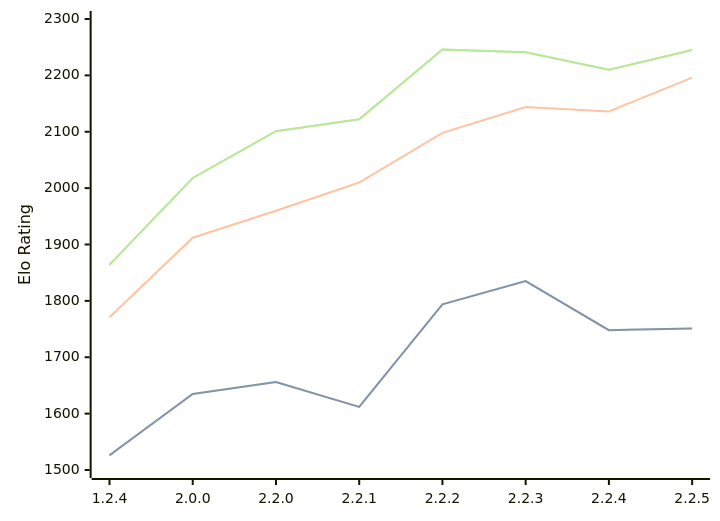
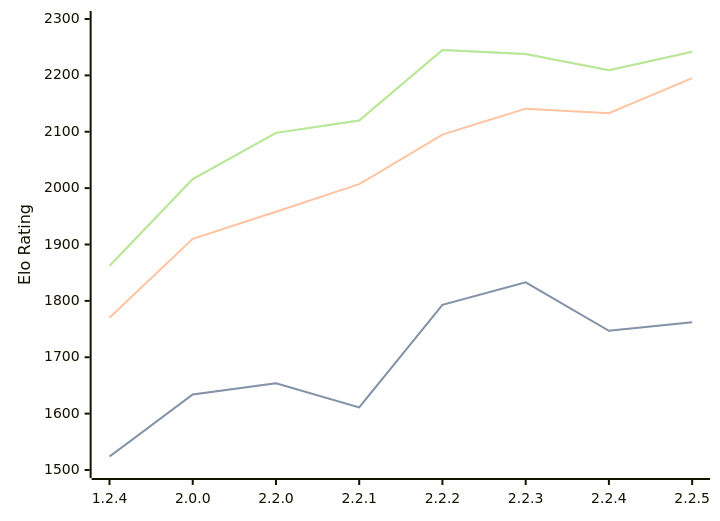
The diagram in engines/Kreveta.md (computer-chess-index/cci), drawn with Mermaid before and after one commit. The commit also changed other lines of this file, not shown here.

Commit message:
Update CCI Ratings (ELO VLTC) - 2026-04-01

````diff
--- a/engines/Kreveta.md
+++ b/engines/Kreveta.md
@@ -41,11 +41,11 @@
 ```mermaid
 %%{init: {"theme":"base","themeVariables":{"seriesColors:['#a3a3a3','#222221','#faa371']}}}%%
 xychart-beta
   x-axis ["1.2.4", "2.0.0", "2.2.0", "2.2.1", "2.2.2", "2.2.3", "2.2.4", "2.2.5"]
   y-axis "Elo Rating" 1500 --> 2300
-  line "STC (8.0+0.08s)" [1526, 1635, 1656, 1612, 1794, 1835, 1748, 1751]
-  line "STC (8.0+0.08s)" [1526, 1635, 1656, 1612, 1794, 1835, 1748, 1751]
-  line "LTC (60.0+0.60s)" [1771, 1912, 1960, 2010, 2098, 2144, 2136, 2196]
-  line "VLTC (2m24s+1.12s)" [1864, 2018, 2101, 2122, 2246, 2241, 2210, 2245]
-  line "VLTC (2m24s+1.12s)" [1864, 2018, 2101, 2122, 2246, 2241, 2210, 2245]
+  line "STC (8.0+0.08s)" [1524, 1634, 1654, 1611, 1793, 1833, 1747, 1762]
+  line "STC (8.0+0.08s)" [1524, 1634, 1654, 1611, 1793, 1833, 1747, 1762]
+  line "LTC (60.0+0.60s)" [1770, 1910, 1958, 2007, 2095, 2141, 2133, 2195]
+  line "VLTC (2m24s+1.12s)" [1862, 2016, 2098, 2120, 2245, 2238, 2209, 2242]
+  line "VLTC (2m24s+1.12s)" [1862, 2016, 2098, 2120, 2245, 2238, 2209, 2242]
 ```
````
